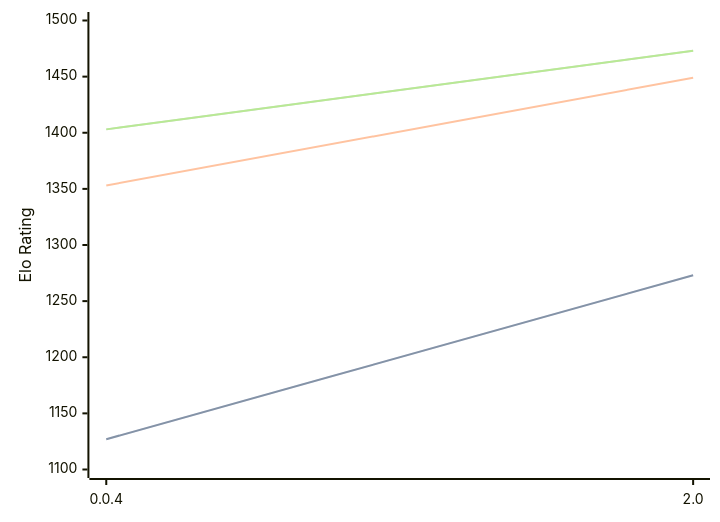
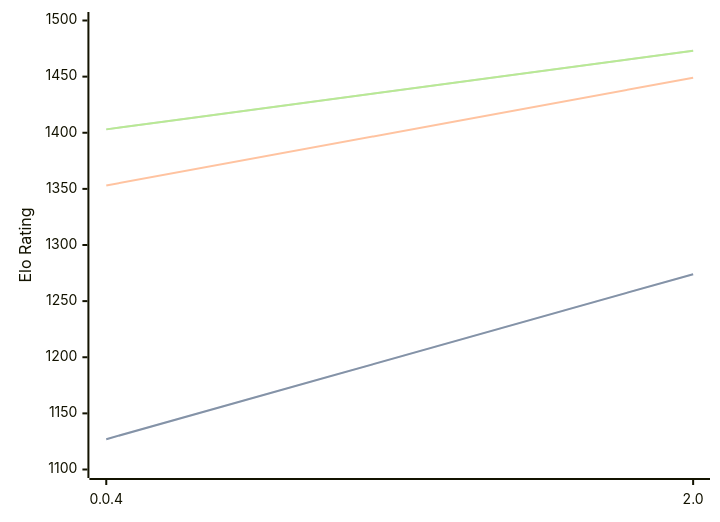
One commit to computer-chess-index/cci changed the diagram in engines/Oops!Mate.md. Above: the diagram before and after it, drawn with Mermaid. The commit also changed other lines of this file, not shown here.

````diff
--- a/engines/Oops!Mate.md
+++ b/engines/Oops!Mate.md
@@ -33,11 +33,11 @@
 ```mermaid
 %%{init: {"theme":"base","themeVariables":{"seriesColors:['#a3a3a3','#222221','#faa371']}}}%%
 xychart-beta
   x-axis ["0.0.4", "2.0"]
   y-axis "Elo Rating" 1100 --> 1500
-  line "STC (8.0+0.08s)" [1127, 1273]
-  line "STC (8.0+0.08s)" [1127, 1273]
+  line "STC (8.0+0.08s)" [1127, 1274]
+  line "STC (8.0+0.08s)" [1127, 1274]
   line "LTC (60.0+0.60s)" [1353, 1449]
   line "VLTC (2m24s+1.12s)" [1403, 1473]
   line "VLTC (2m24s+1.12s)" [1403, 1473]
 ```
````
